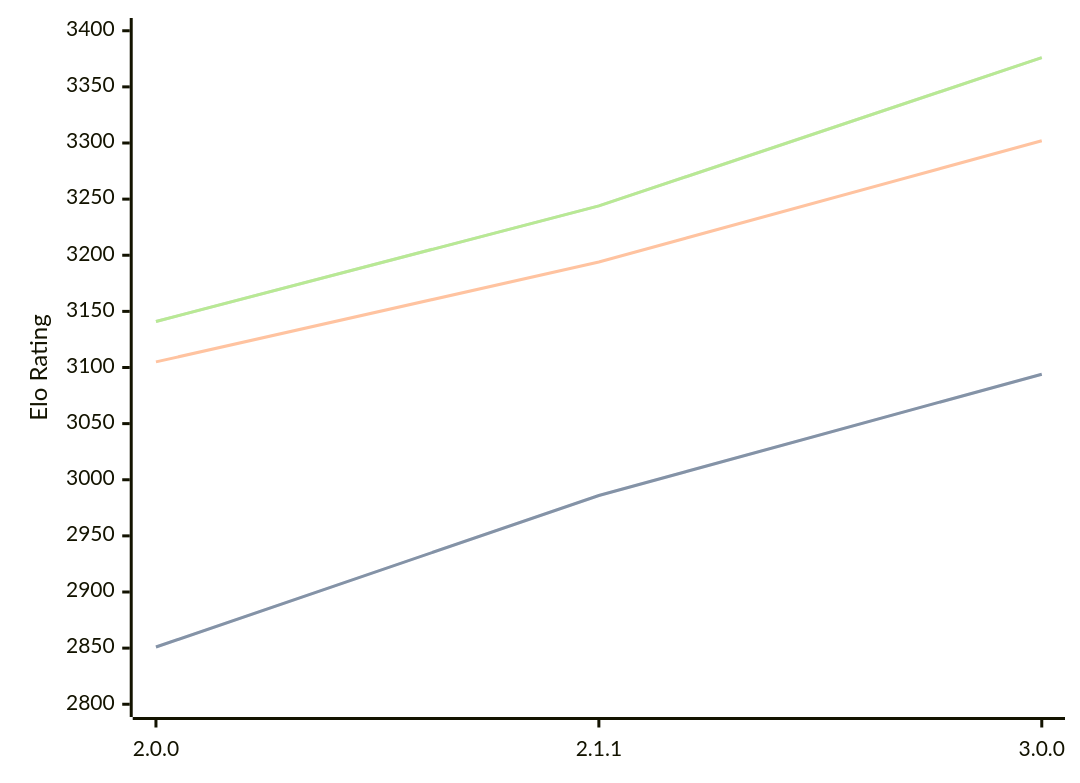
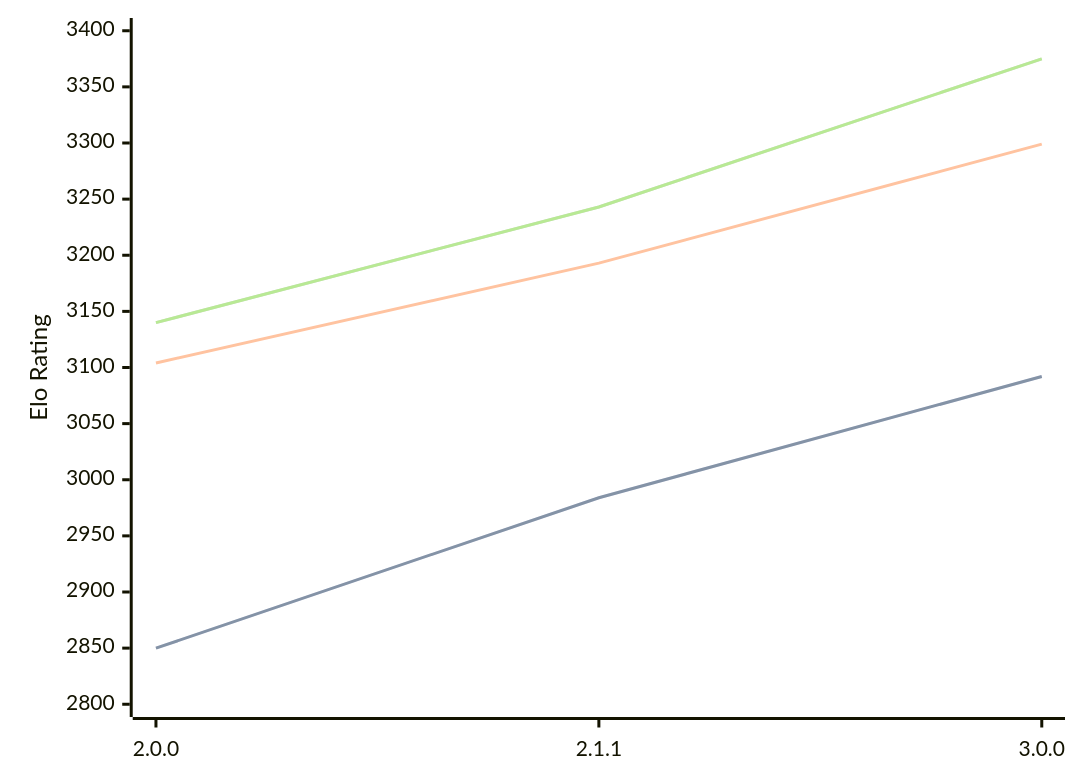
The diagram in engines/Bread.md (computer-chess-index/cci), drawn with Mermaid before and after one commit. The commit also changed other lines of this file, not shown here.

Commit message:
Update CCI Ratings (ELO VLTC) - 2026-08-12

````diff
--- a/engines/Bread.md
+++ b/engines/Bread.md
@@ -36,11 +36,11 @@
 ```mermaid
 %%{init: {"theme":"base","themeVariables":{"seriesColors:['#a3a3a3','#222221','#faa371']}}}%%
 xychart-beta
   x-axis ["2.0.0", "2.1.1", "3.0.0"]
   y-axis "Elo Rating" 2800 --> 3400
-  line "STC (8.0+0.08s)" [2851, 2986, 3094]
-  line "STC (8.0+0.08s)" [2851, 2986, 3094]
-  line "LTC (60.0+0.60s)" [3105, 3194, 3302]
-  line "VLTC (2m24s+1.12s)" [3141, 3244, 3376]
-  line "VLTC (2m24s+1.12s)" [3141, 3244, 3376]
+  line "STC (8.0+0.08s)" [2850, 2984, 3092]
+  line "STC (8.0+0.08s)" [2850, 2984, 3092]
+  line "LTC (60.0+0.60s)" [3104, 3193, 3299]
+  line "VLTC (2m24s+1.12s)" [3140, 3243, 3375]
+  line "VLTC (2m24s+1.12s)" [3140, 3243, 3375]
 ```
````
